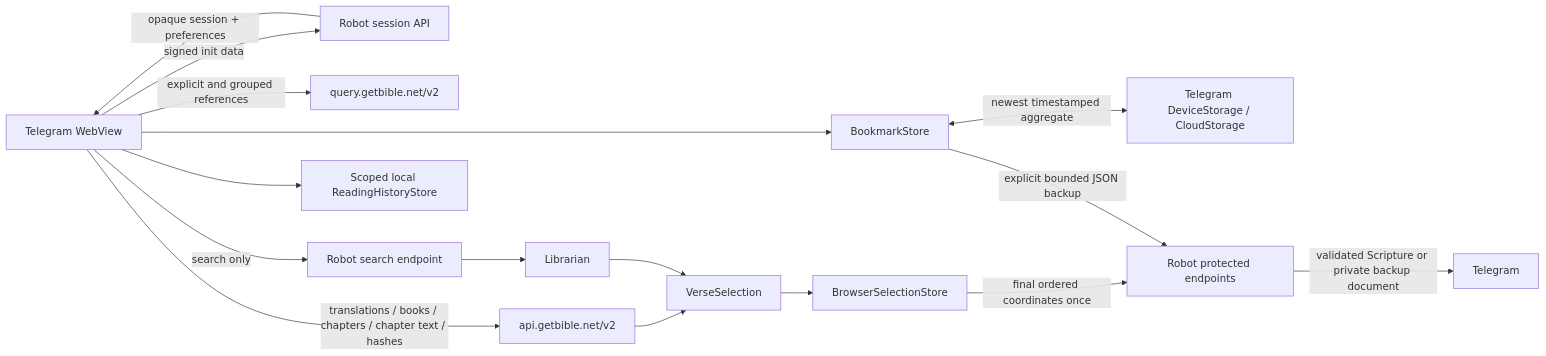
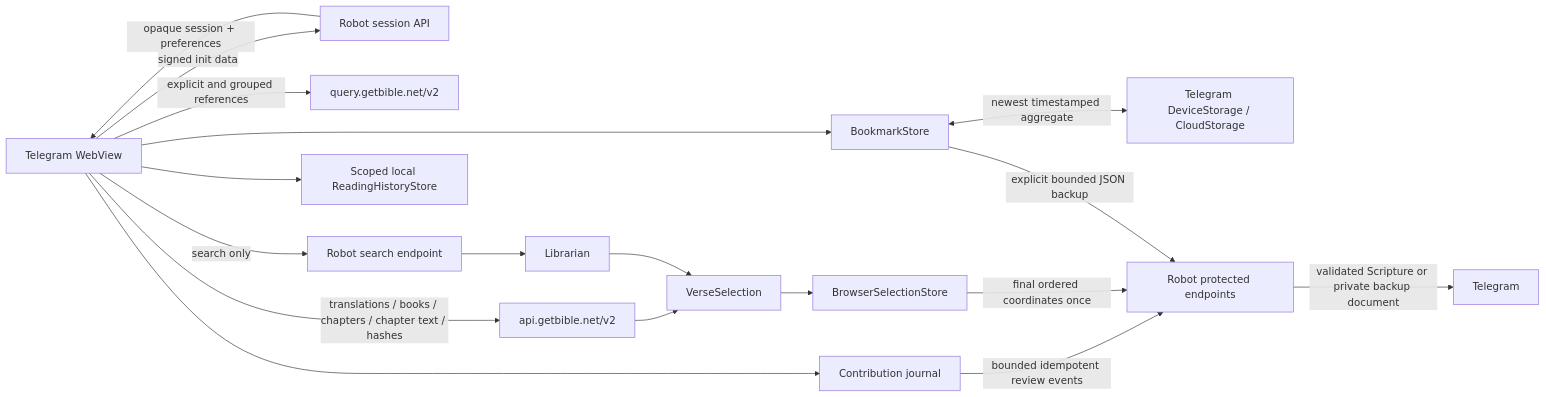
One commit to getbible/robot changed the diagram in docs/BROWSER_DATA.md. Above: the diagram before and after it, drawn with Mermaid. The commit also changed other lines of this file and 79 other files, not shown here.

````diff
--- a/docs/BROWSER_DATA.md
+++ b/docs/BROWSER_DATA.md
@@ -52,18 +59,20 @@
 ```mermaid
 flowchart LR
     T[Telegram WebView] -->|signed init data| S[Robot session API]
     S -->|opaque session + preferences| T
     T -->|translations / books / chapters / chapter text / hashes| A[api.getbible.net/v2]
     T -->|explicit and grouped references| Q[query.getbible.net/v2]
     T -->|search only| R[Robot search endpoint]
     R --> L[Librarian]
     A --> V[VerseSelection]
     L --> V
     V --> B[BrowserSelectionStore]
     T --> H[Scoped local ReadingHistoryStore]
     T --> M[BookmarkStore]
     M <-->|newest timestamped aggregate| TS[Telegram DeviceStorage / CloudStorage]
+    T --> C[Contribution journal]
+    C -->|bounded idempotent review events| P
     B -->|final ordered coordinates once| P[Robot protected endpoints]
     M -->|explicit bounded JSON backup| P
     P -->|validated Scripture or private backup document| G[Telegram]
 ```
````
